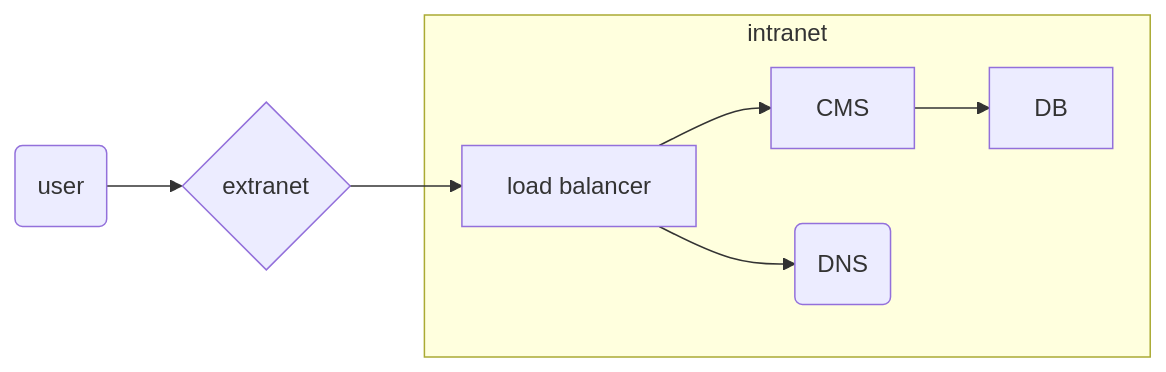
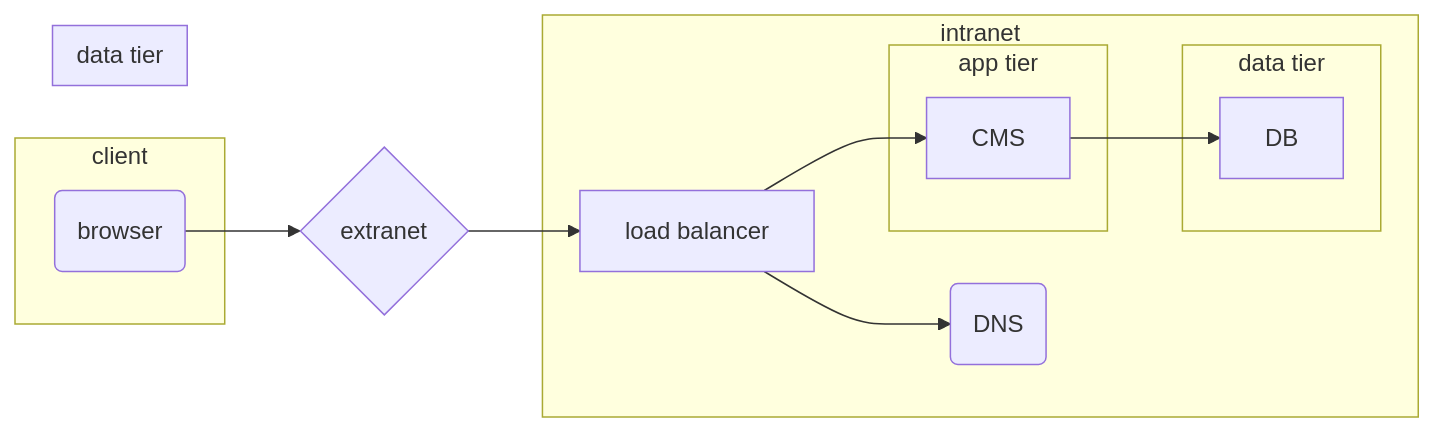
The diagram in docs/environment.md (sebw/website), drawn with Mermaid before and after one commit. The commit also changed other lines of this file, not shown here.

Commit message:
adding sections

````diff
--- a/docs/environment.md
+++ b/docs/environment.md
@@ -6,15 +6,29 @@
 ``` mermaid
 graph LR
-  A(user) --> B{extranet};
+  A(browser) --> B{extranet};
   B --> C[load balancer];
   C --> D[CMS];
   C --> F(DNS)
   D --> E[DB]
 
   subgraph intranet
     C
-    D
-    E
+    subgraph app tier
+      D
+    end
+    subgraph data tier
+      E
+    end
     F
   end
+
+  subgraph client
+  A
+  end
+
+
+  subgraph data tier
+  E
+  end
+
 ```
````
